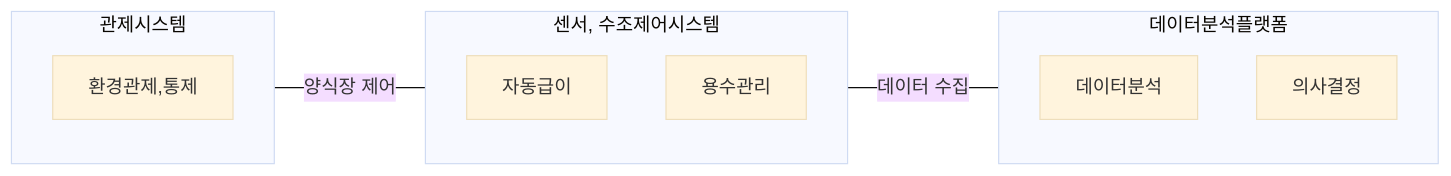
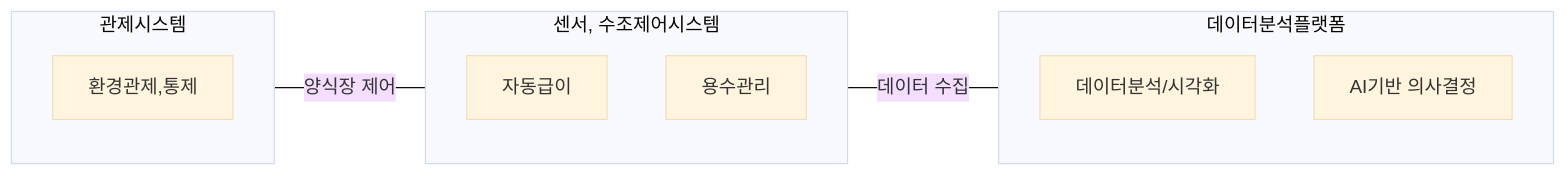
The diagram in blog/pe/conv/smart-aqua-farming.md (gracefullight/gracefullight.github.io), drawn with Mermaid (base theme) before and after one commit.

Commit message:
docs(pe): 📚️ smart aqua farm

````diff
--- a/blog/pe/conv/smart-aqua-farming.md
+++ b/blog/pe/conv/smart-aqua-farming.md
@@ -19,18 +19,18 @@
 ```mermaid
 graph LR
   관제시스템 ---|양식장 제어| 센서_수조제어시스템 ---|데이터 수집| 데이터분석플랫폼
 
   subgraph 관제시스템
     환경관제,통제
   end
 
   subgraph 센서_수조제어시스템[센서, 수조제어시스템]
     자동급이
     용수관리
   end
 
   subgraph 데이터분석플랫폼
-    데이터분석
-    의사결정
+    데이터분석[데이터분석/시각화]
+    의사결정[AI기반 의사결정]
   end
 ```
````
